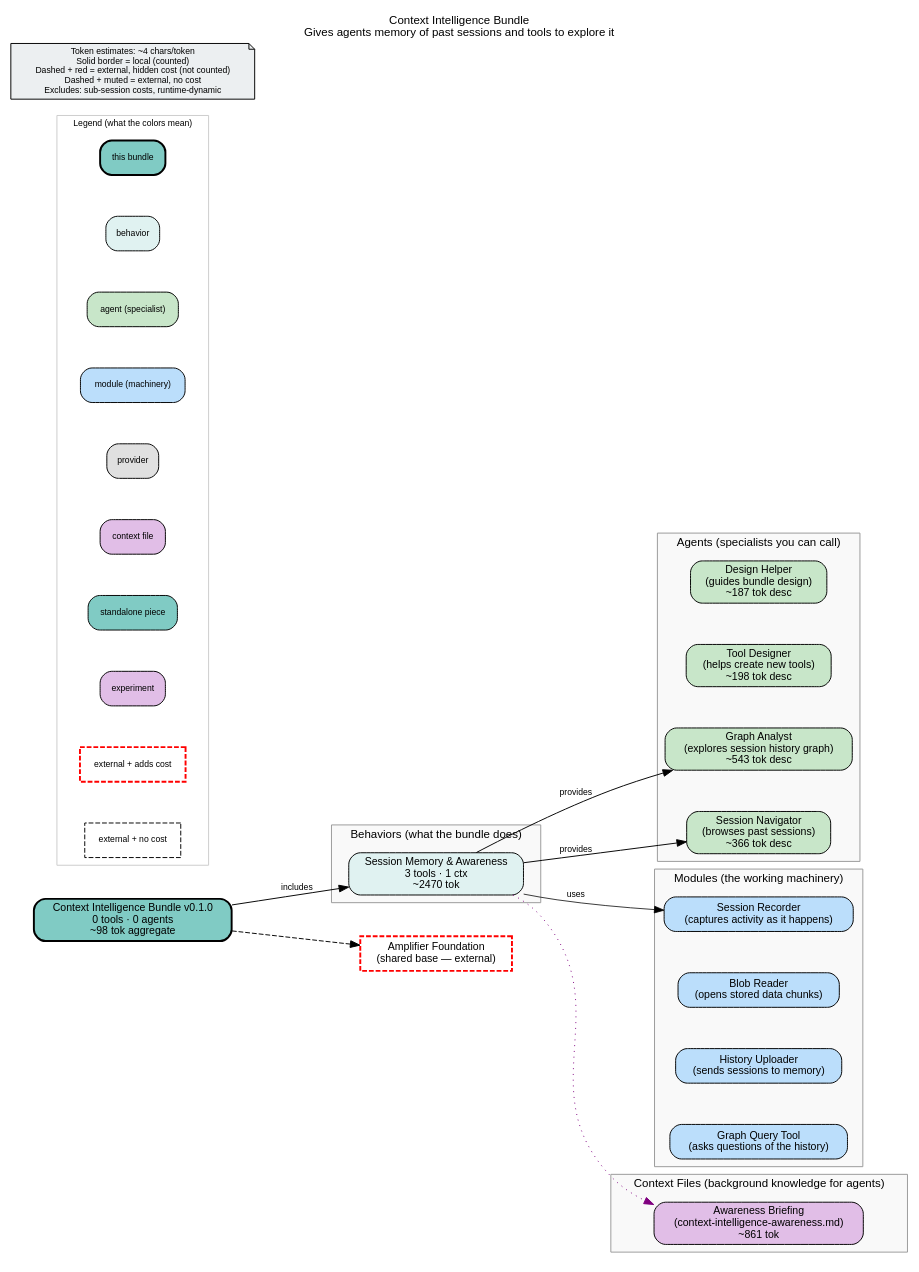
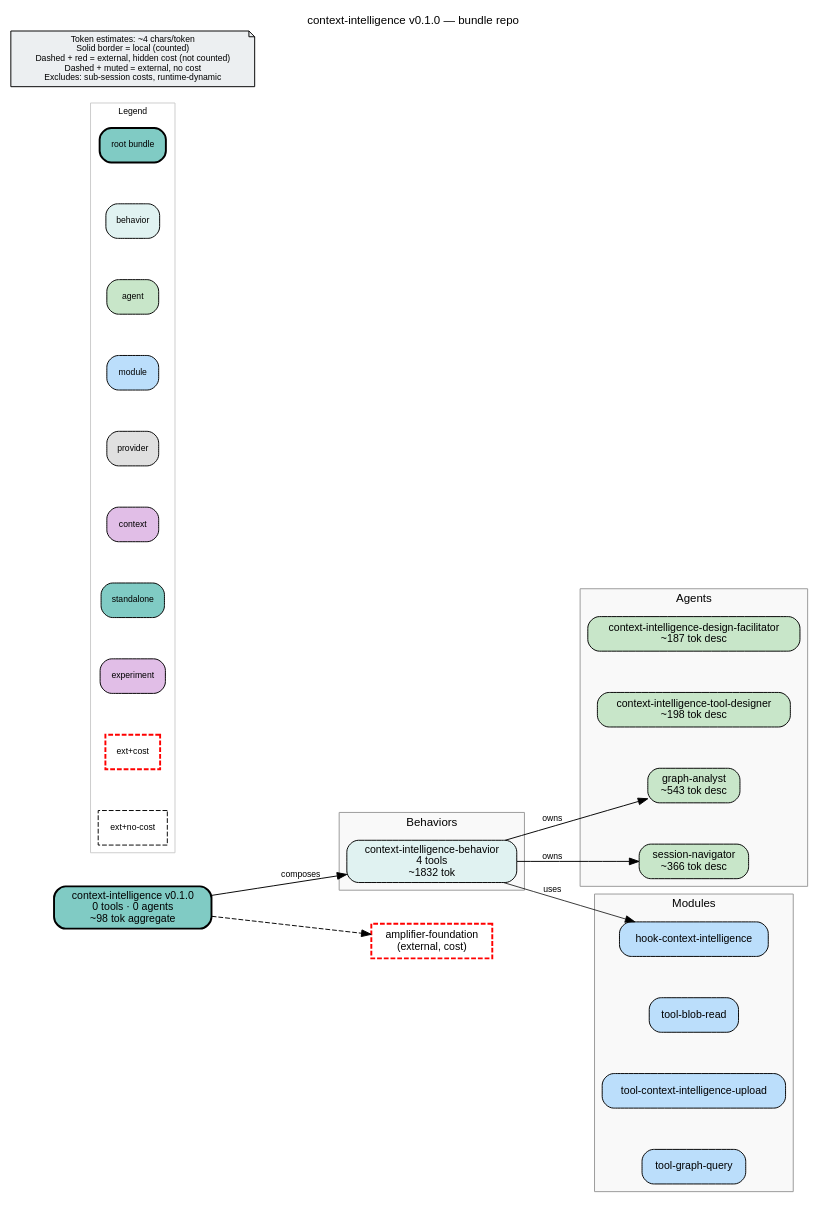
The diagram in bundle.dot (microsoft/amplifier-bundle-context-intelligence), drawn with Graphviz before and after one commit. The commit also changed 16 other files, not shown here.

First line of the commit message:
feat: capture context-intelligence design knowledge into the mode (eval-driven) (#33)

```diff
--- a/bundle.dot
+++ b/bundle.dot
@@ -1,90 +1,79 @@
-// This repository packages "context-intelligence" — a bundle that gives Amplifier agents memory and awareness of past sessions, with tools to query and explore that history.
 digraph context_intelligence {
     rankdir=LR
     fontname="Helvetica"
     fontsize=12
-    label="Context Intelligence Bundle\nGives agents memory of past sessions and tools to explore it"
+    label="context-intelligence v0.1.0 — bundle repo"
     labelloc=t
     labeljust=c
     nodesep=0.6
     ranksep=0.7
     bgcolor="white"
-    source_hash="f138ee0941183a758726ef2860fce4f00279ddbce185e75572e772c8005b00fb"
+    source_hash="dba7ae999a5fd095337bcd9ede4c54b866044c0b31d63d20c4b0ef4483abaf6c"
 
     node [fontname="Helvetica", fontsize=11, style="filled,rounded"]
     edge [fontname="Helvetica", fontsize=9]
 
-    root_context_intelligence [label="Context Intelligence Bundle v0.1.0\n0 tools · 0 agents\n~98 tok aggregate", shape=box, fillcolor="#80cbc4", style="filled,rounded,bold", penwidth=2]
+    root_context_intelligence [label="context-intelligence v0.1.0\n0 tools · 0 agents\n~98 tok aggregate", shape=box, fillcolor="#80cbc4", style="filled,rounded,bold", penwidth=2]
 
     subgraph cluster_behaviors {
-        label="Behaviors (what the bundle does)"
+        label="Behaviors"
         style="filled"
         fillcolor="#f9f9f9"
         color="#999999"
 
-        beh_context_intelligence_behavior [label="Session Memory & Awareness\n3 tools · 1 ctx\n~2470 tok", shape=box, fillcolor="#e0f2f1", style="filled,rounded"]
+        beh_context_intelligence_behavior [label="context-intelligence-behavior\n4 tools\n~1832 tok", shape=box, fillcolor="#e0f2f1", style="filled,rounded"]
     }
 
     subgraph cluster_agents {
-        label="Agents (specialists you can call)"
+        label="Agents"
         style="filled"
         fillcolor="#f9f9f9"
         color="#999999"
 
-        agt_context_intelligence_design_facilitator [label="Design Helper\n(guides bundle design)\n~187 tok desc", shape=box, fillcolor="#c8e6c9", style="filled,rounded"]
-        agt_context_intelligence_tool_designer [label="Tool Designer\n(helps create new tools)\n~198 tok desc", shape=box, fillcolor="#c8e6c9", style="filled,rounded"]
-        agt_graph_analyst [label="Graph Analyst\n(explores session history graph)\n~543 tok desc", shape=box, fillcolor="#c8e6c9", style="filled,rounded"]
-        agt_session_navigator [label="Session Navigator\n(browses past sessions)\n~366 tok desc", shape=box, fillcolor="#c8e6c9", style="filled,rounded"]
+        agt_context_intelligence_design_facilitator [label="context-intelligence-design-facilitator\n~187 tok desc", shape=box, fillcolor="#c8e6c9", style="filled,rounded"]
+        agt_context_intelligence_tool_designer [label="context-intelligence-tool-designer\n~198 tok desc", shape=box, fillcolor="#c8e6c9", style="filled,rounded"]
+        agt_graph_analyst [label="graph-analyst\n~543 tok desc", shape=box, fillcolor="#c8e6c9", style="filled,rounded"]
+        agt_session_navigator [label="session-navigator\n~366 tok desc", shape=box, fillcolor="#c8e6c9", style="filled,rounded"]
     }
 
     subgraph cluster_modules {
-        label="Modules (the working machinery)"
+        label="Modules"
         style="filled"
         fillcolor="#f9f9f9"
         color="#999999"
 
-        mod_hook_context_intelligence [label="Session Recorder\n(captures activity as it happens)", shape=box, fillcolor="#bbdefb", style="filled,rounded"]
-        mod_tool_blob_read [label="Blob Reader\n(opens stored data chunks)", shape=box, fillcolor="#bbdefb", style="filled,rounded"]
-        mod_tool_context_intelligence_upload [label="History Uploader\n(sends sessions to memory)", shape=box, fillcolor="#bbdefb", style="filled,rounded"]
-        mod_tool_graph_query [label="Graph Query Tool\n(asks questions of the history)", shape=box, fillcolor="#bbdefb", style="filled,rounded"]
-    }
-
-    subgraph cluster_context {
-        label="Context Files (background knowledge for agents)"
-        style="filled"
-        fillcolor="#f9f9f9"
-        color="#999999"
-
-        ctx_context_intelligence_awareness_md [label="Awareness Briefing\n(context-intelligence-awareness.md)\n~861 tok", shape=box, fillcolor="#e1bee7", style="filled,rounded"]
+        mod_hook_context_intelligence [label="hook-context-intelligence", shape=box, fillcolor="#bbdefb", style="filled,rounded"]
+        mod_tool_blob_read [label="tool-blob-read", shape=box, fillcolor="#bbdefb", style="filled,rounded"]
+        mod_tool_context_intelligence_upload [label="tool-context-intelligence-upload", shape=box, fillcolor="#bbdefb", style="filled,rounded"]
+        mod_tool_graph_query [label="tool-graph-query", shape=box, fillcolor="#bbdefb", style="filled,rounded"]
     }
 
     subgraph cluster_legend {
-        label="Legend (what the colors mean)"
+        label="Legend"
         style="filled"
         fillcolor="white"
         color="#cccccc"
         fontsize=9
 
-        leg_root [label="this bundle", shape=box, fillcolor="#80cbc4", style="filled,rounded,bold", fontsize=9]
+        leg_root [label="root bundle", shape=box, fillcolor="#80cbc4", style="filled,rounded,bold", fontsize=9]
         leg_behavior [label="behavior", shape=box, fillcolor="#e0f2f1", style="filled,rounded", fontsize=9]
-        leg_agent [label="agent (specialist)", shape=box, fillcolor="#c8e6c9", style="filled,rounded", fontsize=9]
-        leg_module [label="module (machinery)", shape=box, fillcolor="#bbdefb", style="filled,rounded", fontsize=9]
+        leg_agent [label="agent", shape=box, fillcolor="#c8e6c9", style="filled,rounded", fontsize=9]
+        leg_module [label="module", shape=box, fillcolor="#bbdefb", style="filled,rounded", fontsize=9]
         leg_provider [label="provider", shape=box, fillcolor="#e0e0e0", style="filled,rounded", fontsize=9]
-        leg_context [label="context file", shape=box, fillcolor="#e1bee7", style="filled,rounded", fontsize=9]
-        leg_standalone [label="standalone piece", shape=box, fillcolor="#80cbc4", style="filled,rounded", fontsize=9]
+        leg_context [label="context", shape=box, fillcolor="#e1bee7", style="filled,rounded", fontsize=9]
+        leg_standalone [label="standalone", shape=box, fillcolor="#80cbc4", style="filled,rounded", fontsize=9]
         leg_experiment [label="experiment", shape=box, fillcolor="#e1bee7", style="filled,rounded", fontsize=9]
-        leg_ext_cost [label="external + adds cost", shape=box, fillcolor="#80cbc4", style="dashed", color="red", penwidth=2, fontsize=9]
-        leg_ext_muted [label="external + no cost", shape=box, fillcolor="#f5f5f5", style="dashed", fontsize=9]
+        leg_ext_cost [label="ext+cost", shape=box, fillcolor="#80cbc4", style="dashed", color="red", penwidth=2, fontsize=9]
+        leg_ext_muted [label="ext+no-cost", shape=box, fillcolor="#f5f5f5", style="dashed", fontsize=9]
     }
 
     disclaimer [label="Token estimates: ~4 chars/token\nSolid border = local (counted)\nDashed + red = external, hidden cost (not counted)\nDashed + muted = external, no cost\nExcludes: sub-session costs, runtime-dynamic", shape=note, fillcolor="#eceff1", style="filled", fontsize=9]
 
-    ext_githttps___github_com_microsoft_amplifier_foundation_main [label="Amplifier Foundation\n(shared base — external)", shape=box, fillcolor="#80cbc4", style="dashed", color="red", penwidth=2]
+    ext_githttps___github_com_microsoft_amplifier_foundation_main [label="amplifier-foundation\n(external, cost)", shape=box, fillcolor="#80cbc4", style="dashed", color="red", penwidth=2]
 
     root_context_intelligence -> ext_githttps___github_com_microsoft_amplifier_foundation_main [style=dashed]
-    root_context_intelligence -> beh_context_intelligence_behavior [label="includes"]
-    beh_context_intelligence_behavior -> agt_graph_analyst [label="provides"]
-    beh_context_intelligence_behavior -> agt_session_navigator [label="provides"]
+    root_context_intelligence -> beh_context_intelligence_behavior [label="composes"]
+    beh_context_intelligence_behavior -> agt_graph_analyst [label="owns"]
+    beh_context_intelligence_behavior -> agt_session_navigator [label="owns"]
     beh_context_intelligence_behavior -> mod_hook_context_intelligence [label="uses", penwidth=0.8]
-    beh_context_intelligence_behavior -> ctx_context_intelligence_awareness_md [style=dotted, color=purple]
 }
```
